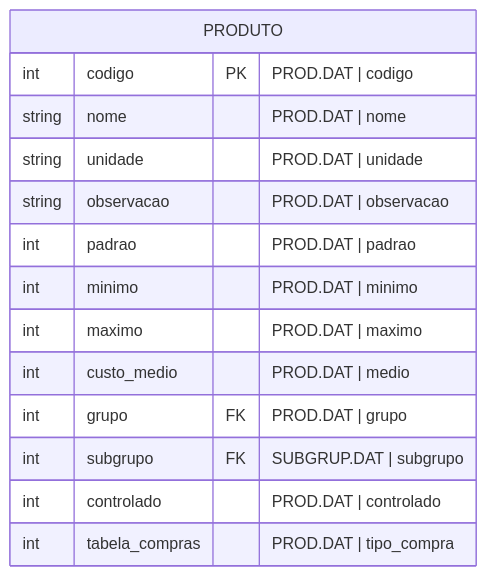
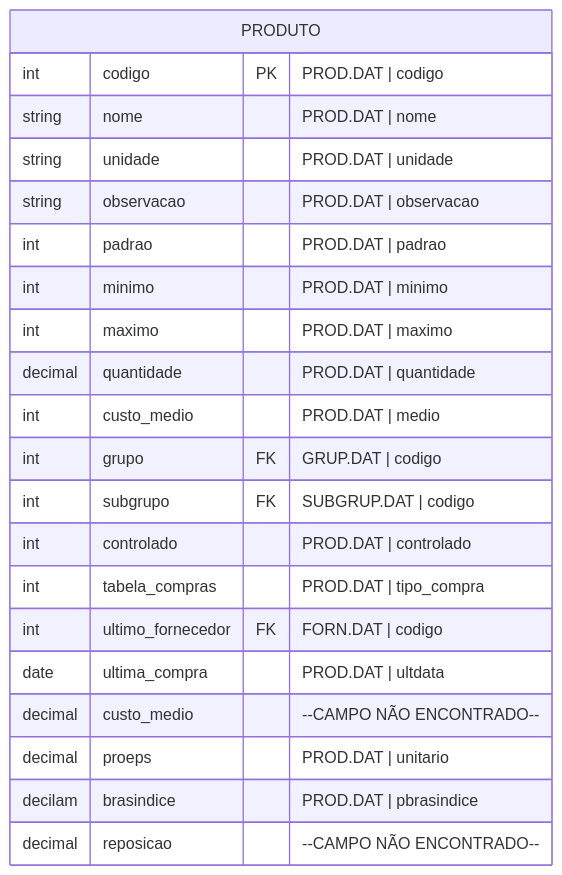
The diagram in Módulos/Estoque/Entidade/Produto (PROD.DAT).md (Nicolas-CustomCode/refactor-hospital-maternidade), drawn with Mermaid before and after one commit. The commit also changed other lines of this file and 10 other files, not shown here.

````diff
--- a/Módulos/Estoque/Entidade/Produto (PROD.DAT).md
+++ b/Módulos/Estoque/Entidade/Produto (PROD.DAT).md
@@ -10,17 +11,24 @@
 ```mermaid
 erDiagram
 PRODUTO {
 	int codigo PK "PROD.DAT | codigo"
 	string nome "PROD.DAT | nome"
 	string unidade "PROD.DAT | unidade"
 	string observacao "PROD.DAT | observacao"
 	int padrao "PROD.DAT | padrao"
 	int minimo "PROD.DAT | minimo"
 	int maximo "PROD.DAT | maximo"
+	decimal quantidade "PROD.DAT | quantidade"
 	int custo_medio "PROD.DAT | medio"
-	int grupo FK "PROD.DAT | grupo"
-	int subgrupo FK "SUBGRUP.DAT | subgrupo"
+	int grupo FK "GRUP.DAT | codigo"
+	int subgrupo FK "SUBGRUP.DAT | codigo"
 	int controlado "PROD.DAT | controlado"
 	int tabela_compras "PROD.DAT | tipo_compra"
+	int ultimo_fornecedor FK "FORN.DAT | codigo"
+	date ultima_compra "PROD.DAT | ultdata"
+	decimal custo_medio "--CAMPO NÃO ENCONTRADO--"
+	decimal proeps "PROD.DAT | unitario"
+	decilam brasindice "PROD.DAT | pbrasindice"
+	decimal reposicao "--CAMPO NÃO ENCONTRADO--"
 }
 ```
````
